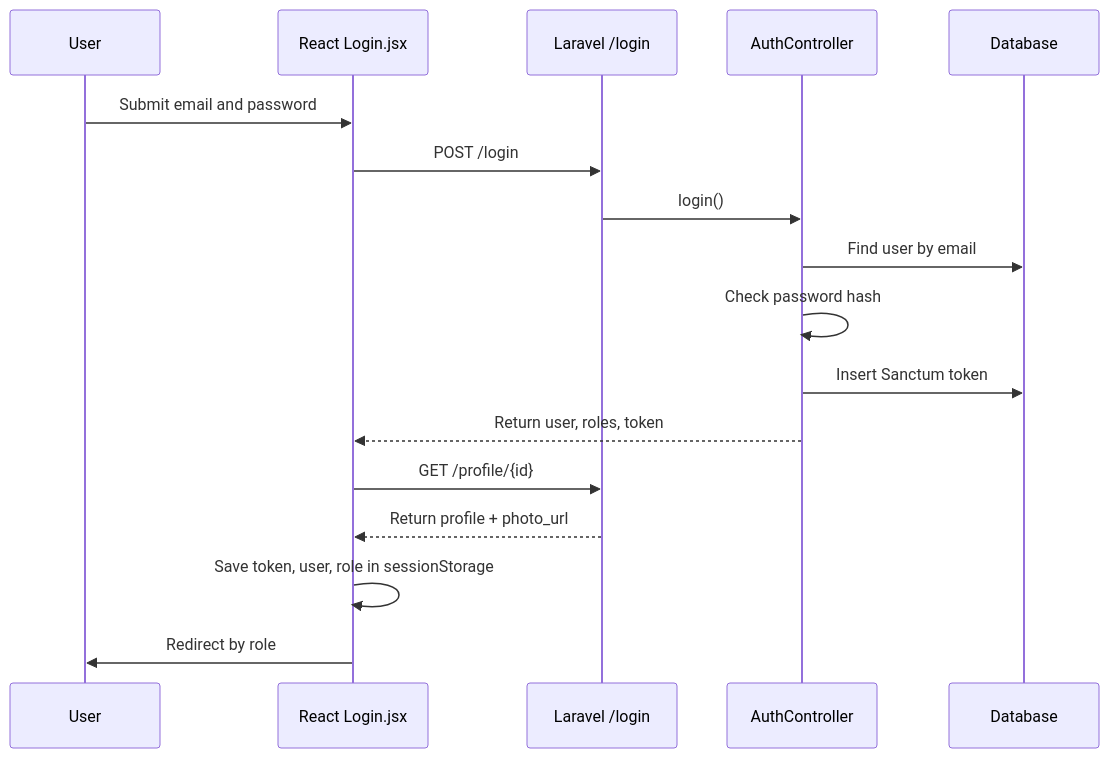
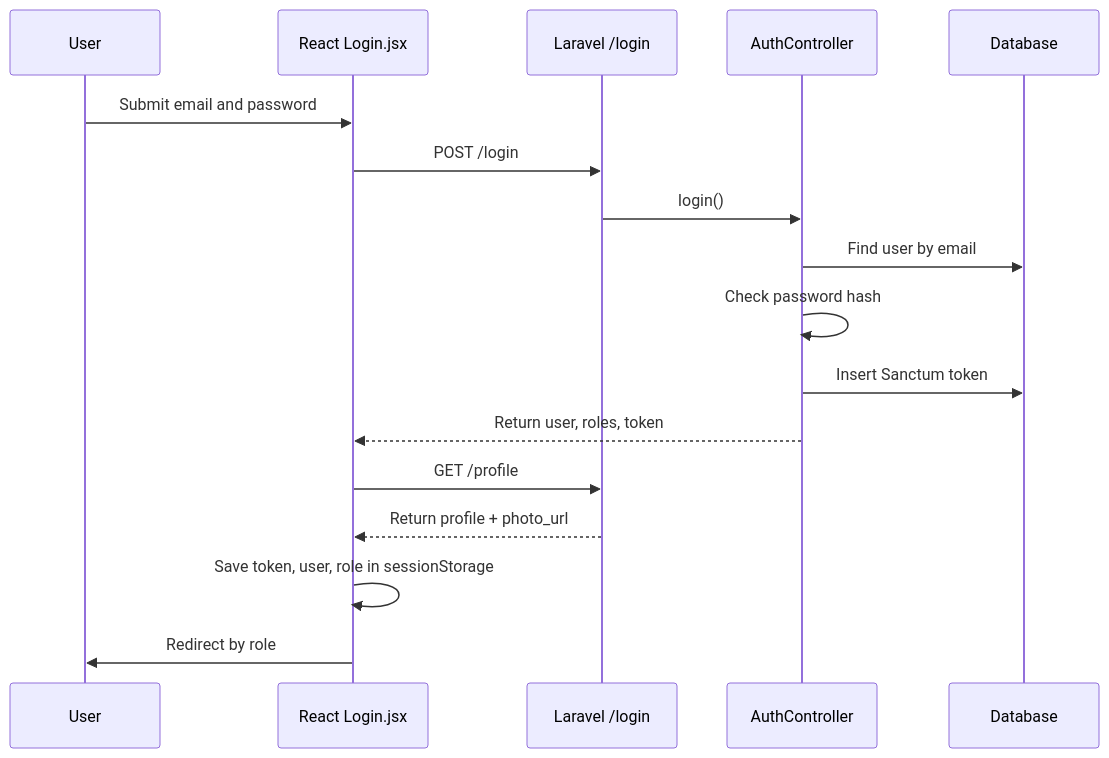
The second of 7 diagrams in docs/SYSTEM_WALKTHROUGH.md (LxzndrZ/task-manager), drawn with Mermaid before and after one commit. The commit also changed other lines of this file and 9 other files, not shown here.

````diff
--- a/docs/SYSTEM_WALKTHROUGH.md
+++ b/docs/SYSTEM_WALKTHROUGH.md
@@ -194,20 +194,20 @@
 ```mermaid
 sequenceDiagram
     participant User
     participant React as React Login.jsx
     participant API as Laravel /login
     participant Auth as AuthController
     participant DB as Database
 
     User->>React: Submit email and password
     React->>API: POST /login
     API->>Auth: login()
     Auth->>DB: Find user by email
     Auth->>Auth: Check password hash
     Auth->>DB: Insert Sanctum token
     Auth-->>React: Return user, roles, token
-    React->>API: GET /profile/{id}
+    React->>API: GET /profile
     API-->>React: Return profile + photo_url
     React->>React: Save token, user, role in sessionStorage
     React->>User: Redirect by role
 ```
````
